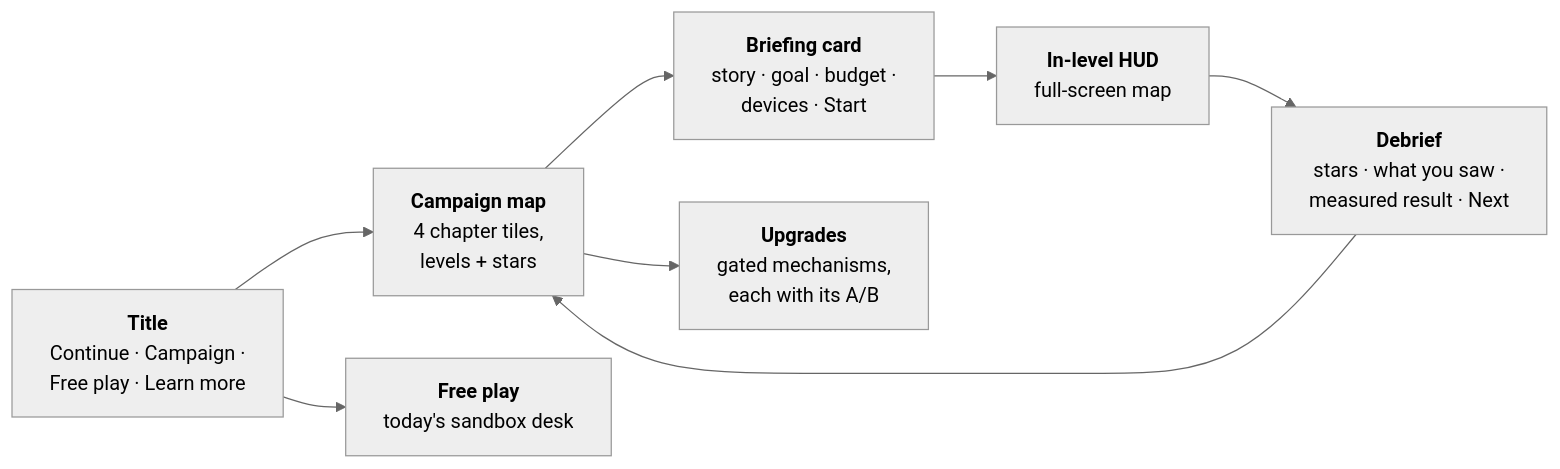
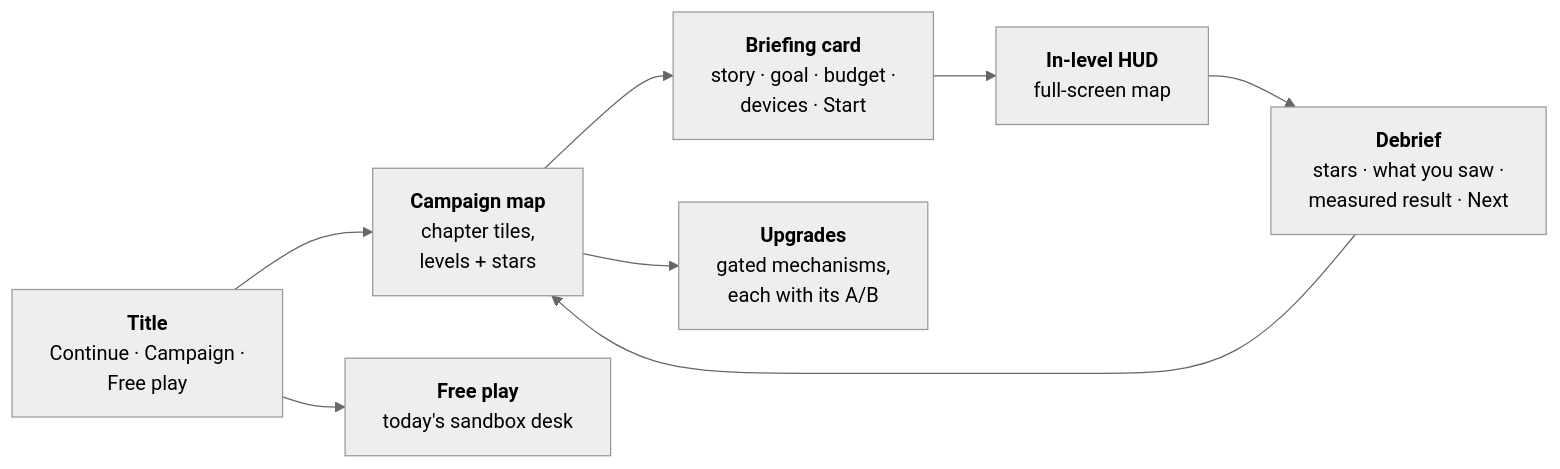
Before and after one commit to danieljoppi/AntHocNet: the second of 2 diagrams in docs/learn-campaign.md, drawn with Mermaid (neutral theme). The commit also changed other lines of this file and 17 other files, not shown here.

First line of the commit message:
docs(roadmap): v2.1.0 becomes the restructure release, the whole site is the game (#633)

````diff
--- a/docs/learn-campaign.md
+++ b/docs/learn-campaign.md
@@ -244,10 +248,10 @@
 ```mermaid
 flowchart LR
-    T["<b>Title</b><br/>Continue · Campaign ·<br/>Free play · Learn more"] --> M["<b>Campaign map</b><br/>4 chapter tiles,<br/>levels + stars"]
+    T["<b>Title</b><br/>Continue · Campaign ·<br/>Free play"] --> M["<b>Campaign map</b><br/>chapter tiles,<br/>levels + stars"]
     M --> B["<b>Briefing card</b><br/>story · goal · budget ·<br/>devices · Start"]
     B --> L["<b>In-level HUD</b><br/>full-screen map"]
     L --> D["<b>Debrief</b><br/>stars · what you saw ·<br/>measured result · Next"]
     D --> M
     M --> U["<b>Upgrades</b><br/>gated mechanisms,<br/>each with its A/B"]
     T --> F["<b>Free play</b><br/>today's sandbox desk"]
 ```
````
